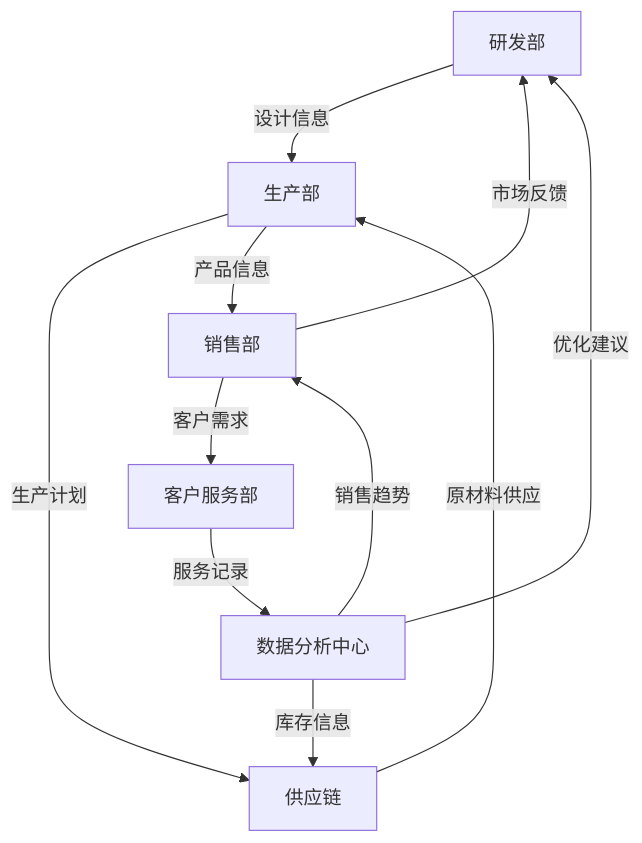
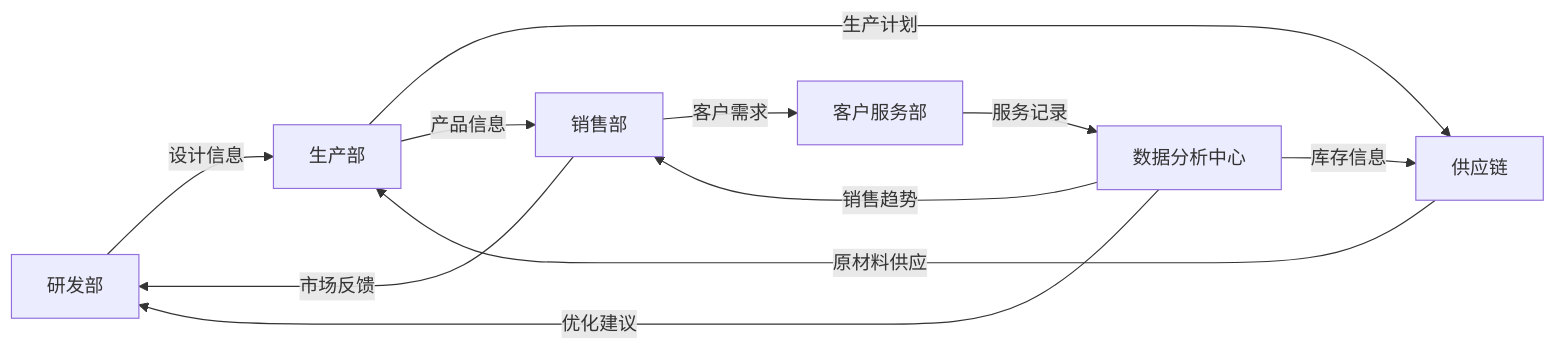
Before and after one commit to Theo20221119/iodraw-files: the diagram in all/未命名-6.md, drawn with Mermaid.

Commit message:
2024-12-19 10:43:18 update

````diff
--- a/all/未命名-6.md
+++ b/all/未命名-6.md
@@ -1,14 +1,14 @@
 ```mermaid
-graph TD
+graph LR
     A[研发部] -->|设计信息| B[生产部]
     B -->|生产计划| C[供应链]
     C -->|原材料供应| B
     B -->|产品信息| D[销售部]
     D -->|市场反馈| A
     D -->|客户需求| E[客户服务部]
     E -->|服务记录| F[数据分析中心]
     F -->|优化建议| A
     F -->|库存信息| C
     F -->|销售趋势| D
 
 ```
````
